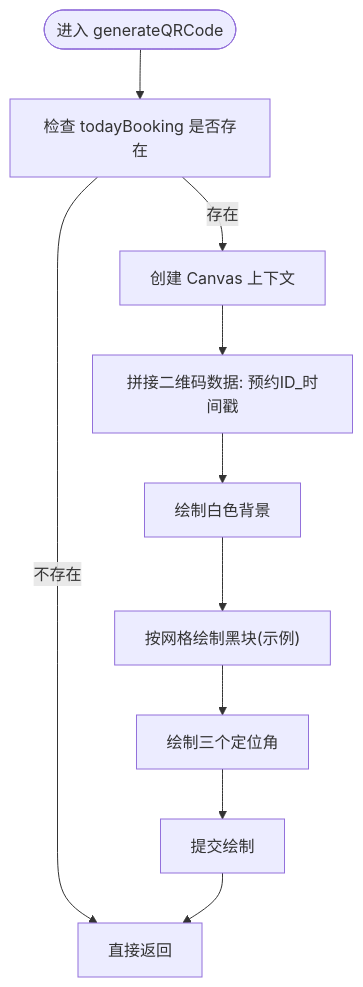
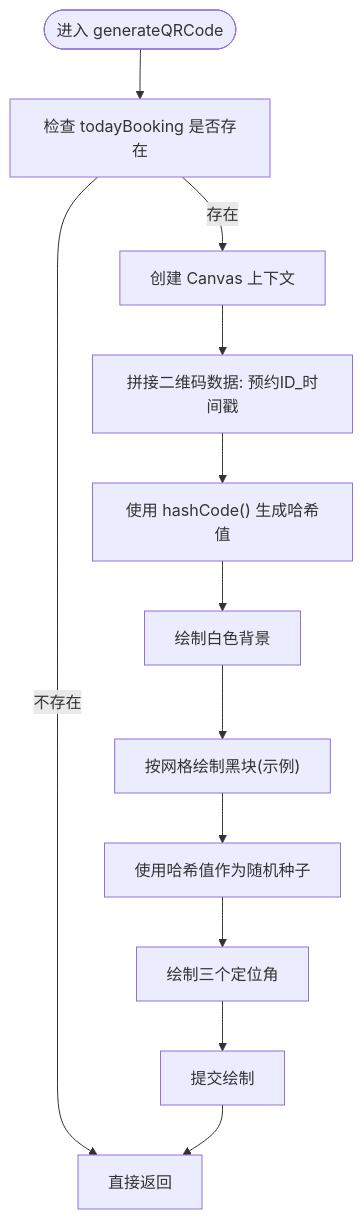
The fourth of 7 diagrams in .qoder/repowiki/zh/content/页面组件详解/二维码页面组件.md (ChenHaoRanORA/School-Bus-Scheduling-System), drawn with Mermaid before and after one commit. The commit also changed other lines of this file and 6 other files, not shown here.

````diff
--- a/.qoder/repowiki/zh/content/页面组件详解/二维码页面组件.md
+++ b/.qoder/repowiki/zh/content/页面组件详解/二维码页面组件.md
@@ -164,12 +176,14 @@
 ```mermaid
 flowchart TD
 Enter(["进入 generateQRCode"]) --> Check["检查 todayBooking 是否存在"]
 Check --> |不存在| Exit["直接返回"]
 Check --> |存在| GetCtx["创建 Canvas 上下文"]
 GetCtx --> BuildData["拼接二维码数据: 预约ID_时间戳"]
-BuildData --> DrawBG["绘制白色背景"]
+BuildData --> Hash["使用 hashCode() 生成哈希值"]
+Hash --> DrawBG["绘制白色背景"]
 DrawBG --> Grid["按网格绘制黑块(示例)"]
-Grid --> PosPatterns["绘制三个定位角"]
+Grid --> RandomSeed["使用哈希值作为随机种子"]
+RandomSeed --> PosPatterns["绘制三个定位角"]
 PosPatterns --> Draw["提交绘制"]
 Draw --> Exit
 ```
````
